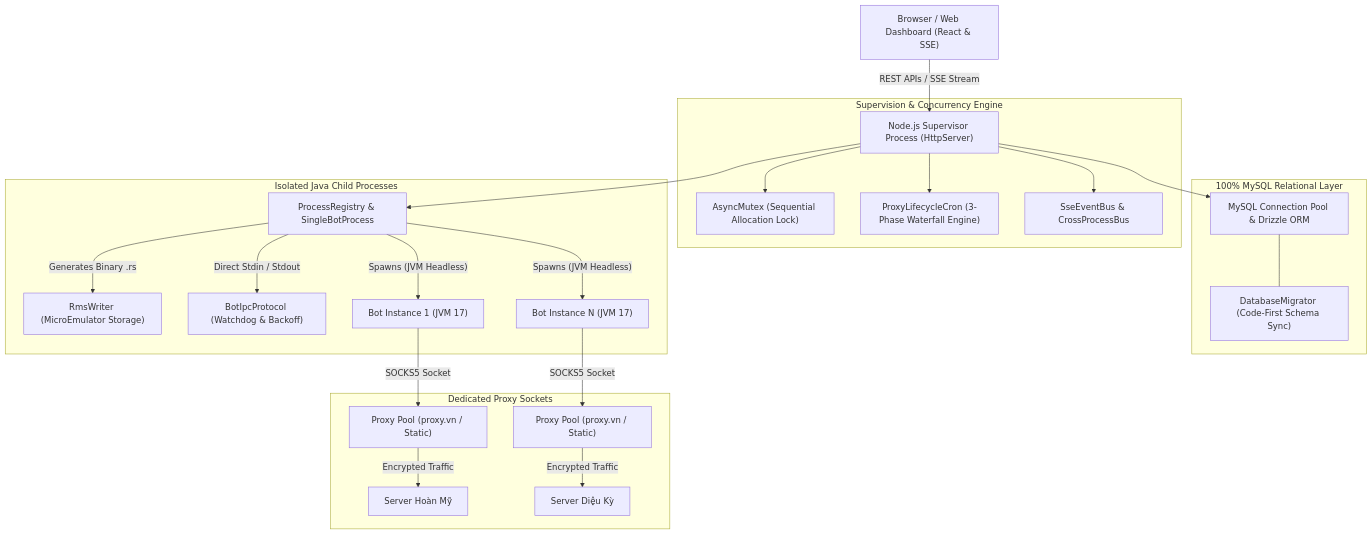
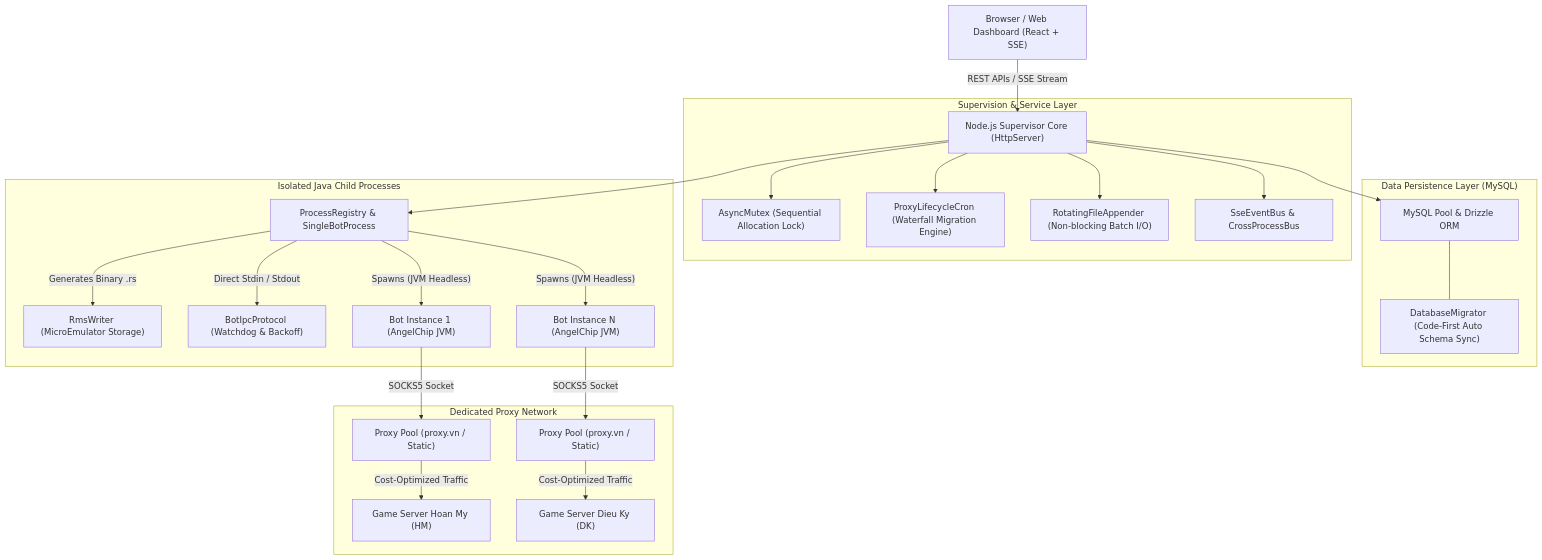
One commit to hoangfhisp/auto-server-manager-avatar2d-angleChip changed the third of 3 diagrams in README.md. Above: the diagram before and after it, drawn with Mermaid. The commit also changed other lines of this file and 33 other files, not shown here.

First line of the commit message:
feat: event drop logging, engine RAM sync, enterprise logger, and session isolation (#19)

````diff
--- a/README.md
+++ b/README.md
@@ -43,30 +164,31 @@
 ```mermaid
 graph TD
-    Client["Browser / Web Dashboard (React & SSE)"] -->|"REST APIs / SSE Stream"| NodeServer["Node.js Supervisor Process (HttpServer)"]
+    Client["Browser / Web Dashboard (React + SSE)"] -->|"REST APIs / SSE Stream"| NodeServer["Node.js Supervisor Core (HttpServer)"]
     
-    subgraph CoreSupervisor ["Supervision & Concurrency Engine"]
+    subgraph CoreSupervisor ["Supervision & Service Layer"]
         NodeServer --> Mutex["AsyncMutex (Sequential Allocation Lock)"]
-        NodeServer --> Cron["ProxyLifecycleCron (3-Phase Waterfall Engine)"]
+        NodeServer --> Cron["ProxyLifecycleCron (Waterfall Migration Engine)"]
+        NodeServer --> LogAppender["RotatingFileAppender (Non-blocking Batch I/O)"]
         NodeServer --> Bus["SseEventBus & CrossProcessBus"]
     end
     
-    subgraph DataLayer ["100% MySQL Relational Layer"]
-        NodeServer --> DB["MySQL Connection Pool & Drizzle ORM"]
-        DB --- Migrator["DatabaseMigrator (Code-First Schema Sync)"]
+    subgraph DataLayer ["Data Persistence Layer (MySQL)"]
+        NodeServer --> DB["MySQL Pool & Drizzle ORM"]
+        DB --- Migrator["DatabaseMigrator (Code-First Auto Schema Sync)"]
     end
     
     subgraph BotExecutionLayer ["Isolated Java Child Processes"]
         NodeServer --> ProcMgr["ProcessRegistry & SingleBotProcess"]
         ProcMgr -->|"Generates Binary .rs"| RMS["RmsWriter (MicroEmulator Storage)"]
         ProcMgr -->|"Direct Stdin / Stdout"| IPC["BotIpcProtocol (Watchdog & Backoff)"]
-        ProcMgr -->|"Spawns (JVM Headless)"| JavaBot1["Bot Instance 1 (JVM 17)"]
-        ProcMgr -->|"Spawns (JVM Headless)"| JavaBotN["Bot Instance N (JVM 17)"]
+        ProcMgr -->|"Spawns (JVM Headless)"| JavaBot1["Bot Instance 1 (AngelChip JVM)"]
+        ProcMgr -->|"Spawns (JVM Headless)"| JavaBotN["Bot Instance N (AngelChip JVM)"]
     end
     
-    subgraph NetworkRouting ["Dedicated Proxy Sockets"]
+    subgraph NetworkRouting ["Dedicated Proxy Network"]
         JavaBot1 -->|"SOCKS5 Socket"| Proxy1["Proxy Pool (proxy.vn / Static)"]
         JavaBotN -->|"SOCKS5 Socket"| ProxyN["Proxy Pool (proxy.vn / Static)"]
-        Proxy1 -->|"Encrypted Traffic"| ServerHM["Server Hoàn Mỹ"]
-        ProxyN -->|"Encrypted Traffic"| ServerDK["Server Diệu Kỳ"]
+        Proxy1 -->|"Cost-Optimized Traffic"| ServerHM["Game Server Hoan My (HM)"]
+        ProxyN -->|"Cost-Optimized Traffic"| ServerDK["Game Server Dieu Ky (DK)"]
     end
 ```
````
